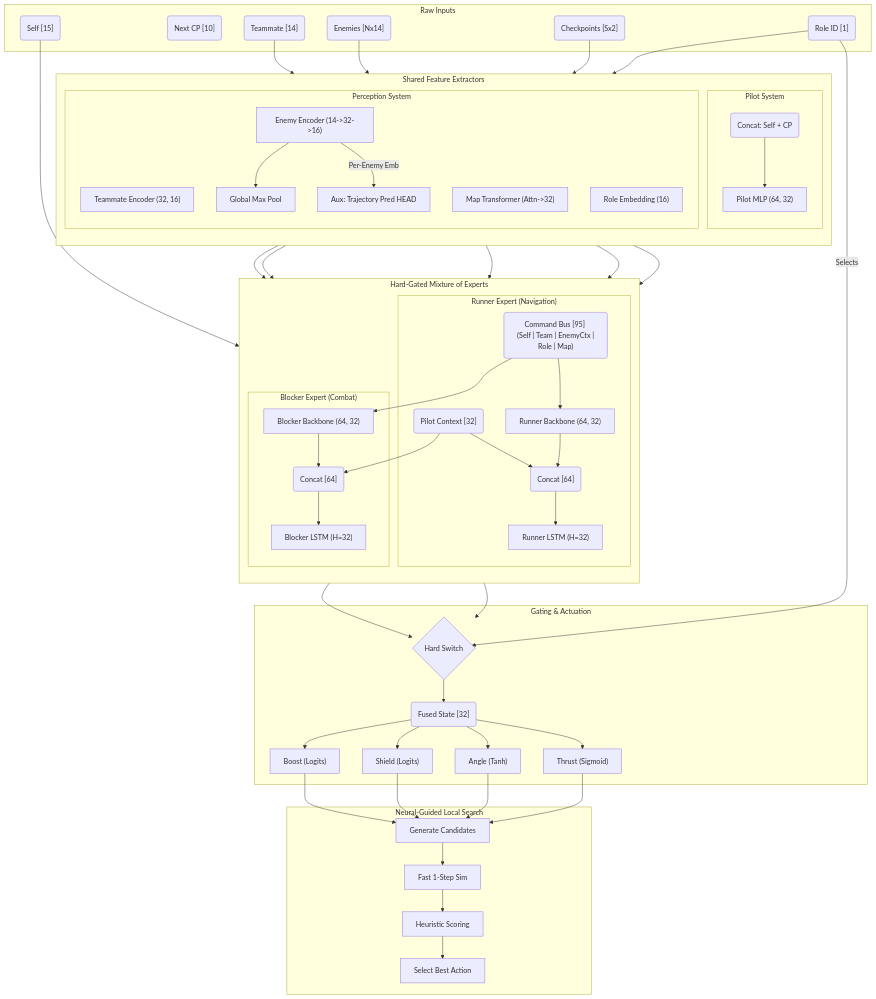
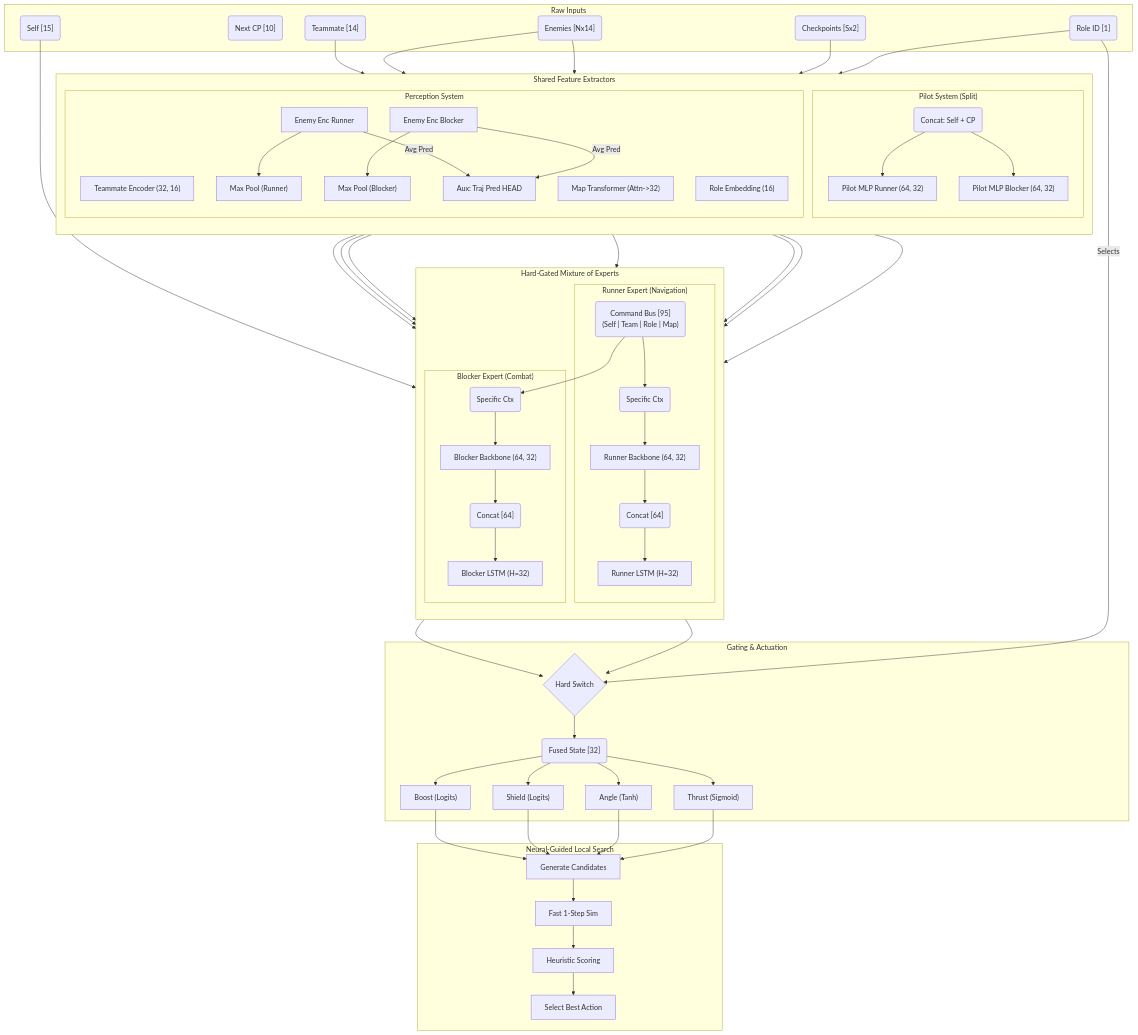
The diagram in docs/submission.md (Vietnoirien/Sebulba-s-Legacy), drawn with Mermaid before and after one commit. The commit also changed other lines of this file and 15 other files, not shown here.

First line of the commit message:
feat(arch): Implement Gen 2.1 Split Pilot & Encoder Architecture

```diff
--- a/docs/submission.md
+++ b/docs/submission.md
@@ -62,19 +63,25 @@
     subgraph Shared_Encoders ["Shared Feature Extractors"]
         direction TB
         
-        %% Pilot Stream
-        subgraph Pilot_System ["Pilot System"]
-            P_In(Concat: Self + CP) --> P_Net["Pilot MLP (64, 32)"]
+        %% Split Pilot Stream
+        subgraph Pilot_System ["Pilot System (Split)"]
+            P_In(Concat: Self + CP) 
+            P_In --> P_Run["Pilot MLP Runner (64, 32)"]
+            P_In --> P_Blk["Pilot MLP Blocker (64, 32)"]
         end
 
         %% Perception System
         subgraph Perception ["Perception System"]
             TM --> TM_Enc["Teammate Encoder (32, 16)"]
             
-            %% DeepSets
-            EN --> EN_Enc["Enemy Encoder (14->32->16)"]
-            EN_Enc --> EN_Pool["Global Max Pool"]
-            EN_Enc -- "Per-Enemy Emb" --> Pred["Aux: Trajectory Pred HEAD"]
+            %% DeepSets (Split)
+            EN --> EN_Run["Enemy Enc Runner"]
+            EN_Run --> EN_Run_Pool["Max Pool (Runner)"]
+            
+            EN --> EN_Blk["Enemy Enc Blocker"]
+            EN_Blk --> EN_Blk_Pool["Max Pool (Blocker)"]
+            
+            EN_Run & EN_Blk -- "Avg Pred" --> Pred["Aux: Traj Pred HEAD"]
             
             %% Map
             Map --> Map_Tr["Map Transformer (Attn->32)"]
@@ -89,22 +96,23 @@
         direction TB
         
         %% Command Bus
-        Bus("Command Bus [95] <br/> (Self | Team | EnemyCtx | Role | Map)")
-        P_Net --> Pilot_Ctx("Pilot Context [32]")
+        Bus("Command Bus [95] <br/> (Self | Team | Role | Map)")
         
-        S & TM_Enc & EN_Pool & R_Emb & Map_Tr --> Bus
+        S & TM_Enc & R_Emb & Map_Tr --> Bus
         
         %% Expert 1: Runner
         subgraph Runner_Exp ["Runner Expert (Navigation)"]
-            Bus --> Run_BB["Runner Backbone (64, 32)"]
-            Pilot_Ctx & Run_BB --> Run_In("Concat [64]")
+            Bus & EN_Run_Pool --> Run_Bus("Specific Ctx")
+            Run_Bus --> Run_BB["Runner Backbone (64, 32)"]
+            P_Run & Run_BB --> Run_In("Concat [64]")
             Run_In --> Run_LSTM["Runner LSTM (H=32)"]
         end
         
         %% Expert 2: Blocker
         subgraph Blocker_Exp ["Blocker Expert (Combat)"]
-            Bus --> Blk_BB["Blocker Backbone (64, 32)"]
-            Pilot_Ctx & Blk_BB --> Blk_In("Concat [64]")
+            Bus & EN_Blk_Pool --> Blk_Bus("Specific Ctx")
+            Blk_Bus --> Blk_BB["Blocker Backbone (64, 32)"]
+            P_Blk & Blk_BB --> Blk_In("Concat [64]")
             Blk_In --> Blk_LSTM["Blocker LSTM (H=32)"]
         end
     end
```
